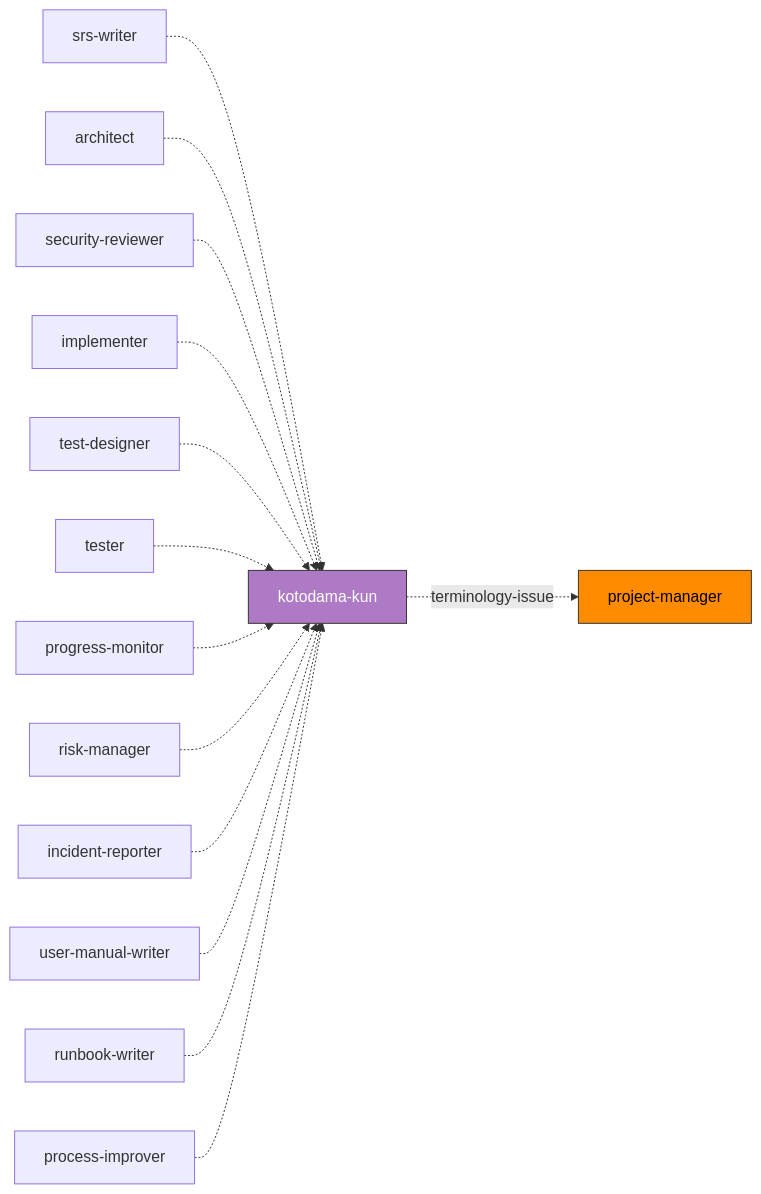
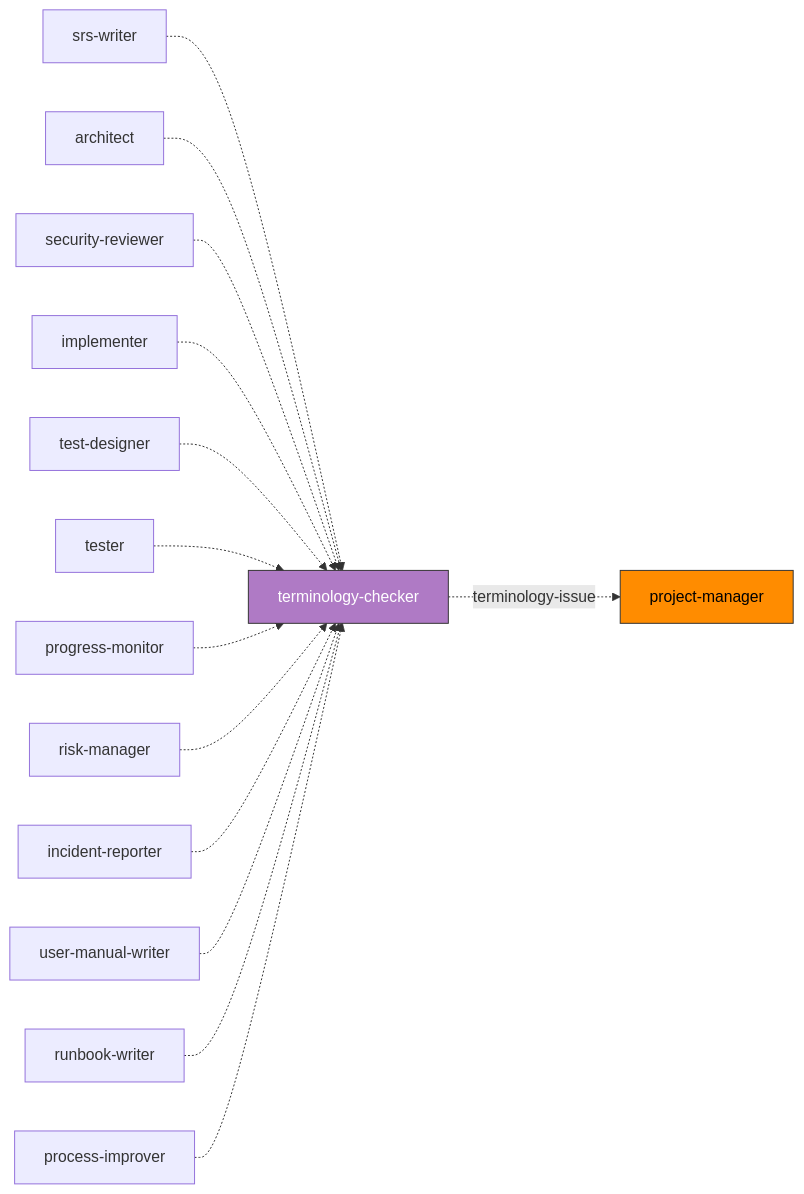
Before and after one commit to GoodRelax/gr-sw-maker: the fourth of 4 diagrams in framework-src/ja/process-rules/agent-list.md, drawn with Mermaid. The commit also changed other lines of this file and 15 other files, not shown here.

````diff
--- a/framework-src/ja/process-rules/agent-list.md
+++ b/framework-src/ja/process-rules/agent-list.md
@@ -379,20 +379,20 @@
 ```mermaid
 flowchart LR
-    SRS["srs-writer"] -.-> Koto
-    Arch["architect"] -.-> Koto
-    Sec["security-reviewer"] -.-> Koto
-    Impl["implementer"] -.-> Koto
-    TD["test-designer"] -.-> Koto
-    TR["tester"] -.-> Koto
-    PM["progress-monitor"] -.-> Koto
-    RM["risk-manager"] -.-> Koto
-    IR["incident-reporter"] -.-> Koto
-    UMW["user-manual-writer"] -.-> Koto
-    RBW["runbook-writer"] -.-> Koto
-    PI["process-improver"] -.-> Koto
+    SRS["srs-writer"] -.-> Term
+    Arch["architect"] -.-> Term
+    Sec["security-reviewer"] -.-> Term
+    Impl["implementer"] -.-> Term
+    TD["test-designer"] -.-> Term
+    TR["tester"] -.-> Term
+    PM["progress-monitor"] -.-> Term
+    RM["risk-manager"] -.-> Term
+    IR["incident-reporter"] -.-> Term
+    UMW["user-manual-writer"] -.-> Term
+    RBW["runbook-writer"] -.-> Term
+    PI["process-improver"] -.-> Term
 
-    Koto["kotodama-kun"] -.->|"terminology-issue"| Orch["project-manager"]
+    Term["terminology-checker"] -.->|"terminology-issue"| Orch["project-manager"]
 
-    style Koto fill:#af7ac5,stroke:#333,color:#fff
+    style Term fill:#af7ac5,stroke:#333,color:#fff
     style Orch fill:#FF8C00,stroke:#333,color:#000
 ```
````
